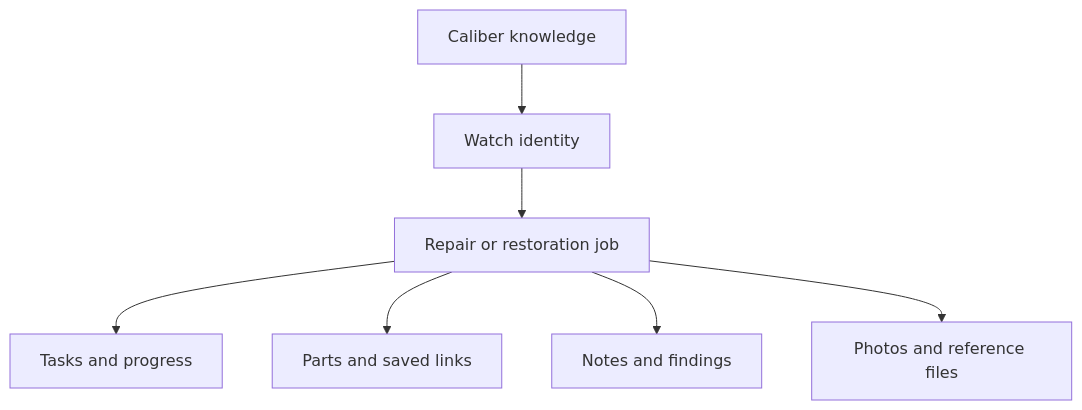
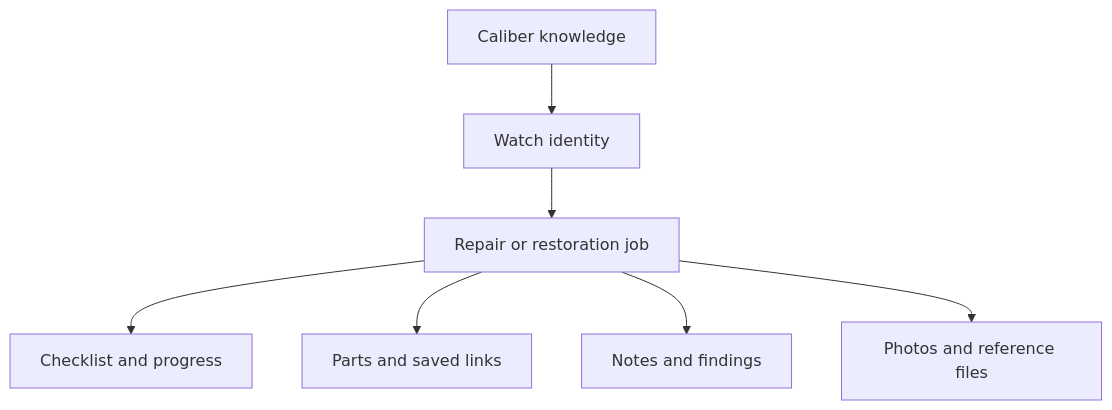
One commit to jorgerodrigues/ure changed the first of 2 diagrams in docs/planning/specification.md. Above: the diagram before and after it, drawn with Mermaid. The commit also changed other lines of this file and 75 other files, not shown here.

````diff
--- a/docs/planning/specification.md
+++ b/docs/planning/specification.md
@@ -56,9 +56,9 @@
 ```mermaid
 flowchart TD
   C[Caliber knowledge] --> W[Watch identity]
   W --> J[Repair or restoration job]
-  J --> T[Tasks and progress]
+  J --> T[Checklist and progress]
   J --> P[Parts and saved links]
   J --> N[Notes and findings]
   J --> A[Photos and reference files]
 ```
````
